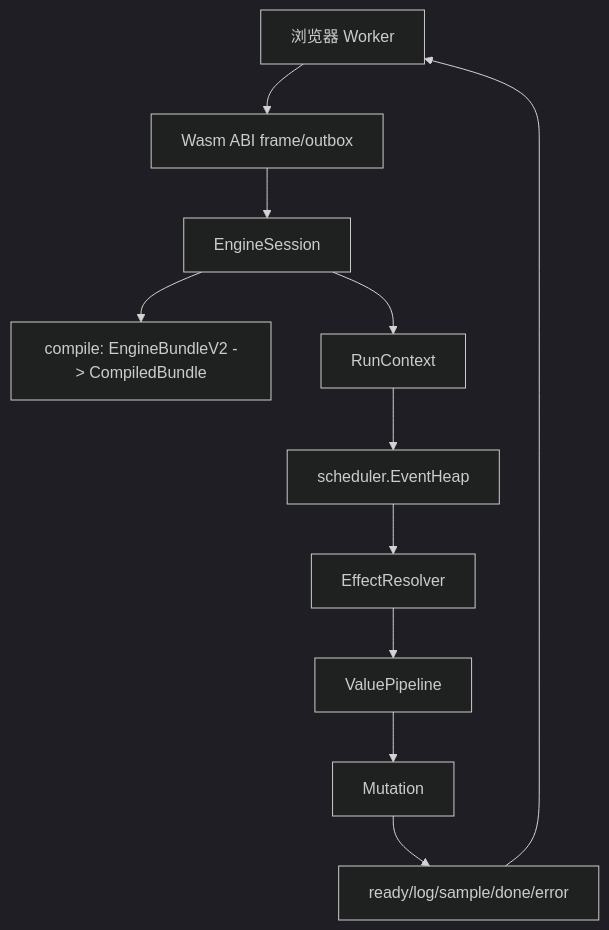
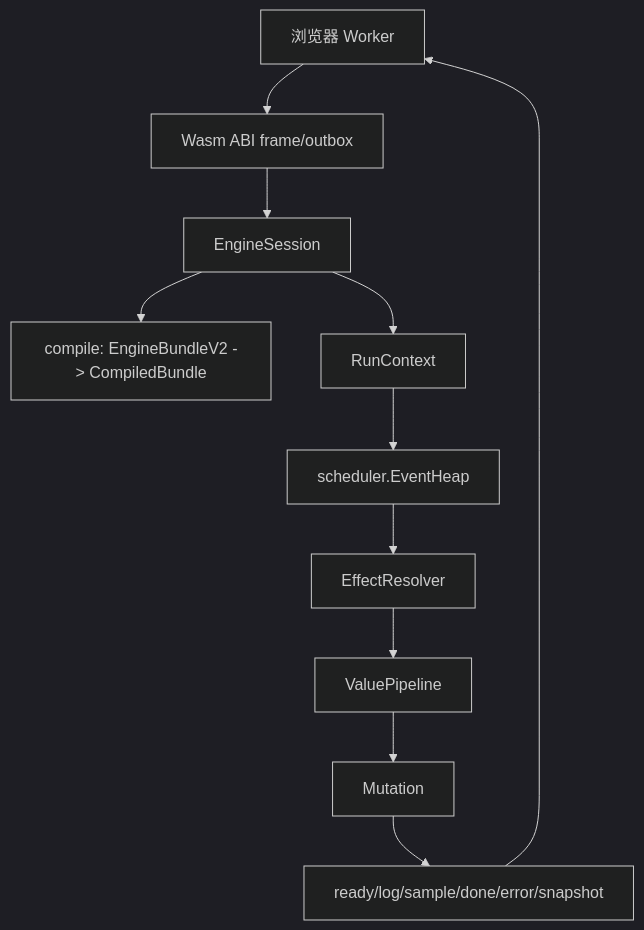
One commit to JeanbartBiubiu/damage_viewer_project_planning changed the diagram in 文档记录/概要设计/wasm/WASM概要设计.md. Above: the diagram before and after it, drawn with Mermaid (dark theme). The commit also changed other lines of this file and 11 other files, not shown here.

````diff
--- a/文档记录/概要设计/wasm/WASM概要设计.md
+++ b/文档记录/概要设计/wasm/WASM概要设计.md
@@ -14,24 +14,24 @@
 ```mermaid
 graph TD
     Host["浏览器 Worker"]
     ABI["Wasm ABI frame/outbox"]
     Session["EngineSession"]
     Compile["compile: EngineBundleV2 -> CompiledBundle"]
     Run["RunContext"]
     Scheduler["scheduler.EventHeap"]
     Resolver["EffectResolver"]
     Pipeline["ValuePipeline"]
     Mutation["Mutation"]
-    Outbox["ready/log/sample/done/error"]
+    Outbox["ready/log/sample/done/error/snapshot"]
 
     Host --> ABI
     ABI --> Session
     Session --> Compile
     Session --> Run
     Run --> Scheduler
     Scheduler --> Resolver
     Resolver --> Pipeline
     Pipeline --> Mutation
     Mutation --> Outbox
     Outbox --> Host
 ```
````
